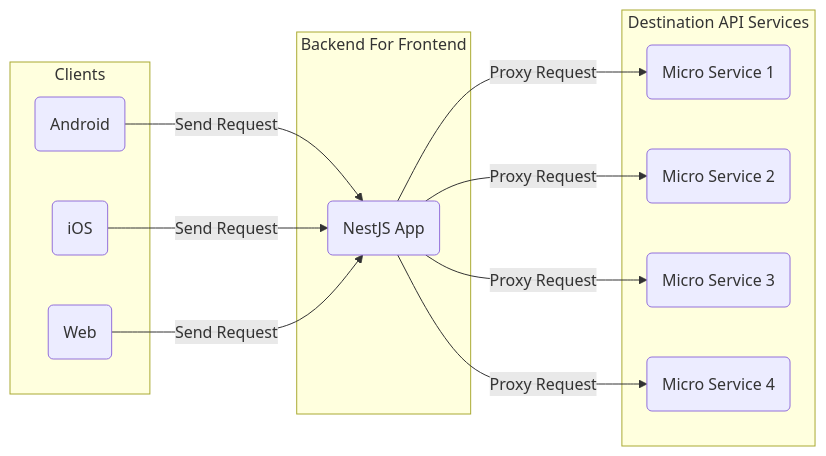
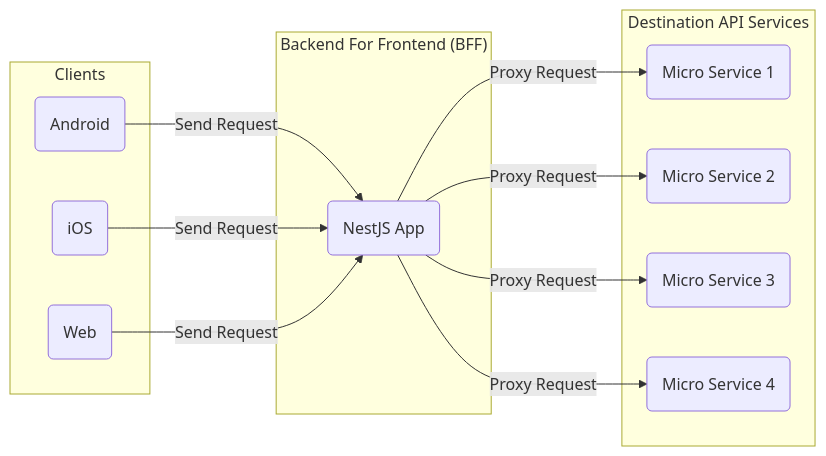
One commit to ogi-iii/nestjs-bff changed the diagram in README.md. Above: the diagram before and after it, drawn with Mermaid.

Commit message:
[doc] fix details

````diff
--- a/README.md
+++ b/README.md
@@ -4,28 +4,28 @@
 ```mermaid
 graph LR;
     subgraph Clients
     Android(Android)
     iOS(iOS)
     Web(Web)
     end
 
-    subgraph Backend For Frontend
+    subgraph "Backend For Frontend (BFF)"
     NestJSApp(NestJS App)
     end
 
-    subgraph Destination API Services
+    subgraph "Destination API Services"
     MicroService1(Micro Service 1)
     MicroService2(Micro Service 2)
     MicroService3(Micro Service 3)
     MicroService4(Micro Service 4)
     end
 
     Android--Send Request-->NestJSApp
     iOS--Send Request-->NestJSApp
     Web--Send Request-->NestJSApp
 
     NestJSApp--Proxy Request-->MicroService1
     NestJSApp--Proxy Request-->MicroService2
     NestJSApp--Proxy Request-->MicroService3
     NestJSApp--Proxy Request-->MicroService4
 ```
````
